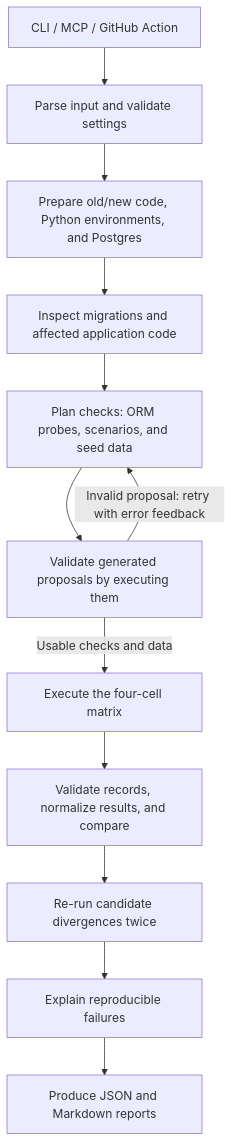
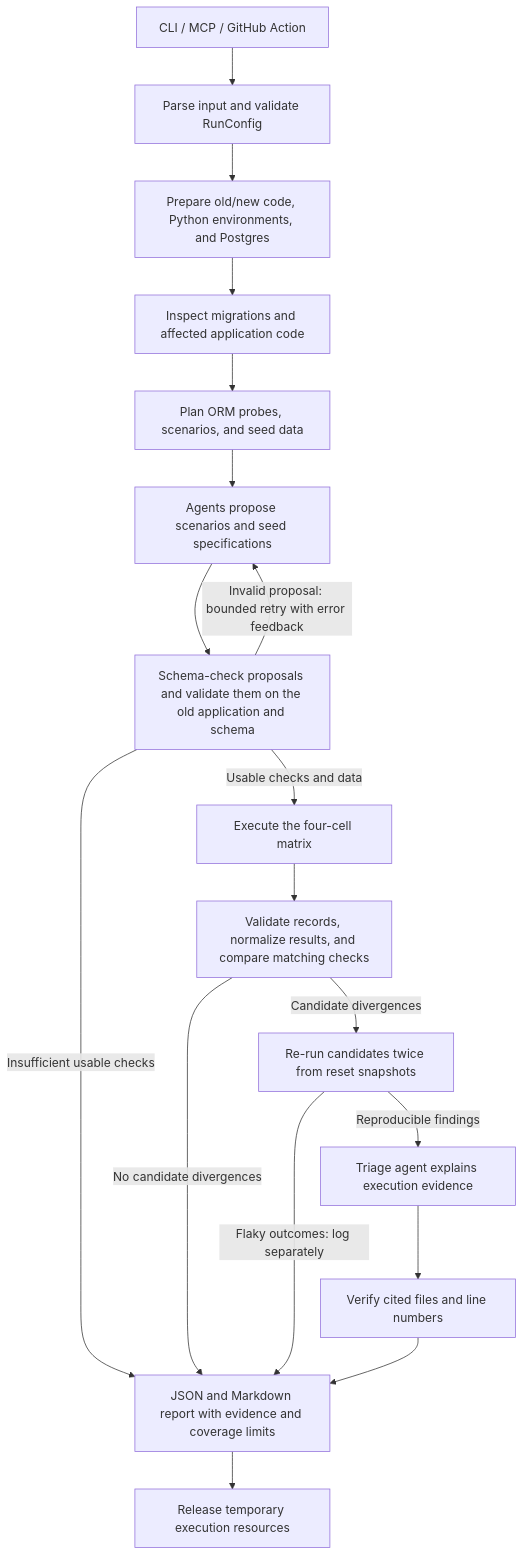
Before and after one commit to srirsatt/SkewGuard: the first of 2 diagrams in flowchart.md, drawn with Mermaid. The commit also changed other lines of this file, not shown here.

Commit message:
Document proposed verification architecture and database matrix

````diff
--- a/flowchart.md
+++ b/flowchart.md
@@ -1,14 +13,20 @@
 ```mermaid
 flowchart TD
-    A["CLI / MCP / GitHub Action"] --> B["Parse input and validate settings"]
+    A["CLI / MCP / GitHub Action"] --> B["Parse input and validate RunConfig"]
     B --> C["Prepare old/new code, Python environments, and Postgres"]
     C --> D["Inspect migrations and affected application code"]
-    D --> E["Plan checks: ORM probes, scenarios, and seed data"]
-    E --> F["Validate generated proposals by executing them"]
-    F -->|Invalid proposal: retry with error feedback| E
-    F -->|Usable checks and data| G["Execute the four-cell matrix"]
-    G --> H["Validate records, normalize results, and compare"]
-    H --> I["Re-run candidate divergences twice"]
-    I --> J["Explain reproducible failures"]
-    J --> K["Produce JSON and Markdown reports"]
+    D --> E["Plan ORM probes, scenarios, and seed data"]
+    E --> F["Agents propose scenarios and seed specifications"]
+    F --> G["Schema-check proposals and validate them on the old application and schema"]
+    G -->|Invalid proposal: bounded retry with error feedback| F
+    G -->|Usable checks and data| H["Execute the four-cell matrix"]
+    G -->|Insufficient usable checks| R["JSON and Markdown report with evidence and coverage limits"]
+    H --> I["Validate records, normalize results, and compare matching checks"]
+    I -->|Candidate divergences| J["Re-run candidates twice from reset snapshots"]
+    I -->|No candidate divergences| R
+    J -->|Reproducible findings| K["Triage agent explains execution evidence"]
+    J -->|Flaky outcomes: log separately| R
+    K --> L["Verify cited files and line numbers"]
+    L --> R
+    R --> Z["Release temporary execution resources"]
 ```
````
